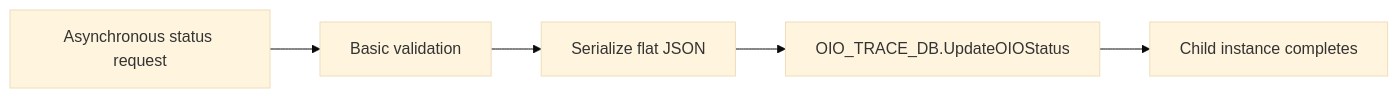
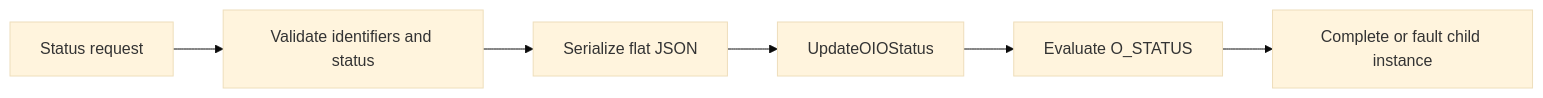
Before and after one commit to lucianosilva/oracle-integration-observability: the second of 3 diagrams in oic/implementation-pattern.md, drawn with Mermaid (base theme). The commit also changed other lines of this file and 9 other files, not shown here.

````diff
--- a/oic/implementation-pattern.md
+++ b/oic/implementation-pattern.md
@@ -83,7 +72,8 @@
 ```mermaid
 flowchart LR
-    A[Asynchronous status request] --> B[Basic validation]
+    A[Status request] --> B[Validate identifiers and status]
     B --> C[Serialize flat JSON]
-    C --> D[OIO_TRACE_DB.UpdateOIOStatus]
-    D --> E[Child instance completes]
+    C --> D[UpdateOIOStatus]
+    D --> E[Evaluate O_STATUS]
+    E --> F[Complete or fault child instance]
 ```
````
